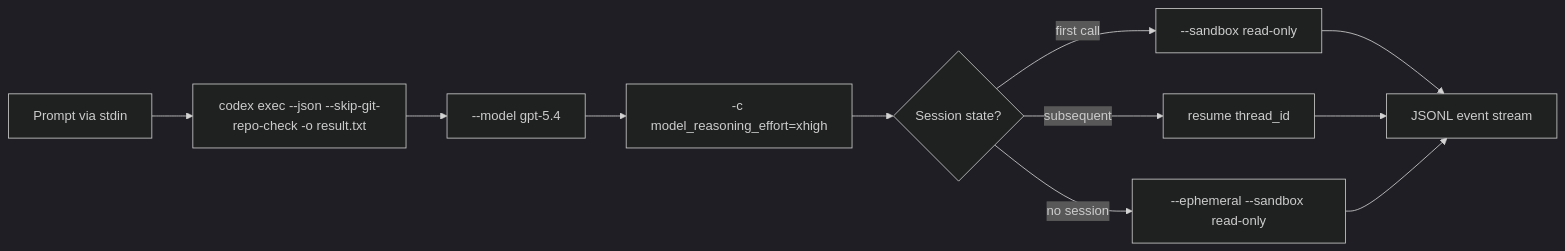
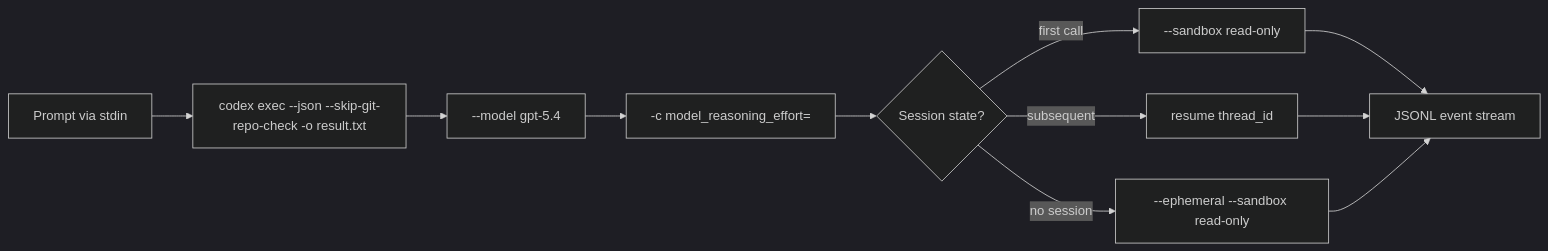
Before and after one commit to yjkim-9412/momo-trading: the sixth of 7 diagrams in docs/llm-architecture.md, drawn with Mermaid (dark theme). The commit also changed 16 other files, not shown here.

````diff
--- a/docs/llm-architecture.md
+++ b/docs/llm-architecture.md
@@ -263,19 +263,19 @@
 ```mermaid
 flowchart LR
     PROMPT["Prompt via stdin"]
 
     BASE["codex exec --json --skip-git-repo-check -o result.txt"]
     MODEL["--model gpt-5.4"]
-    EFFORT["-c model_reasoning_effort=xhigh"]
+    EFFORT["-c model_reasoning_effort=<profile/default>"]
     SESSION{"Session state?"}
     NEW["--sandbox read-only"]
     RESUME["resume thread_id"]
     NONE["--ephemeral --sandbox read-only"]
 
     JSONL["JSONL event stream"]
 
     PROMPT --> BASE --> MODEL --> EFFORT --> SESSION
     SESSION -->|first call| NEW --> JSONL
     SESSION -->|subsequent| RESUME --> JSONL
     SESSION -->|no session| NONE --> JSONL
 ```
````
